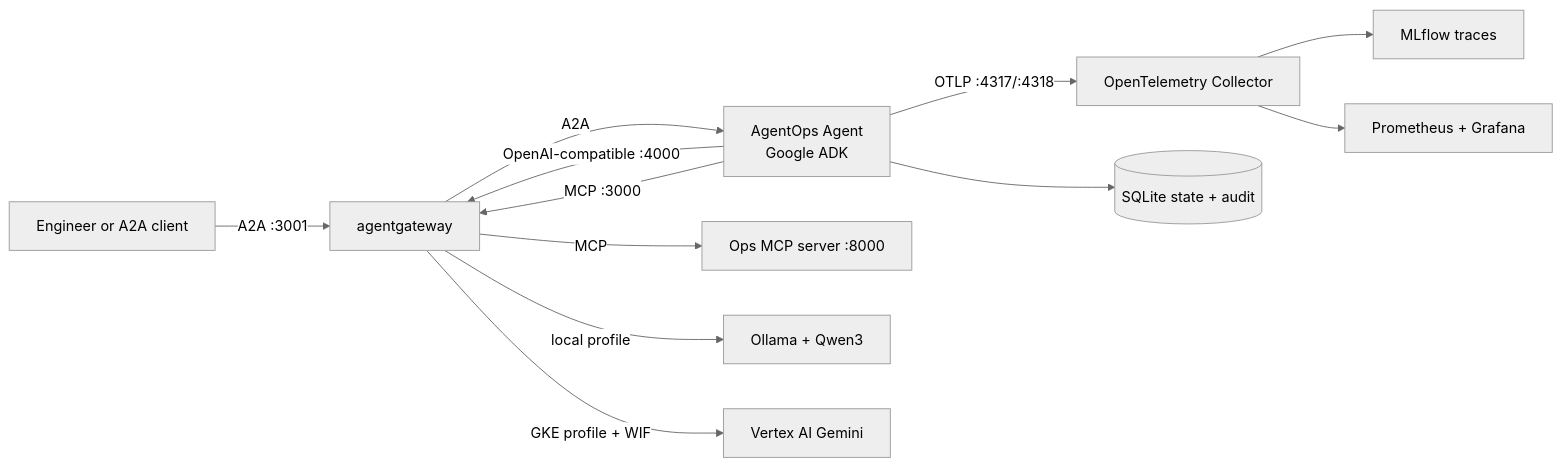
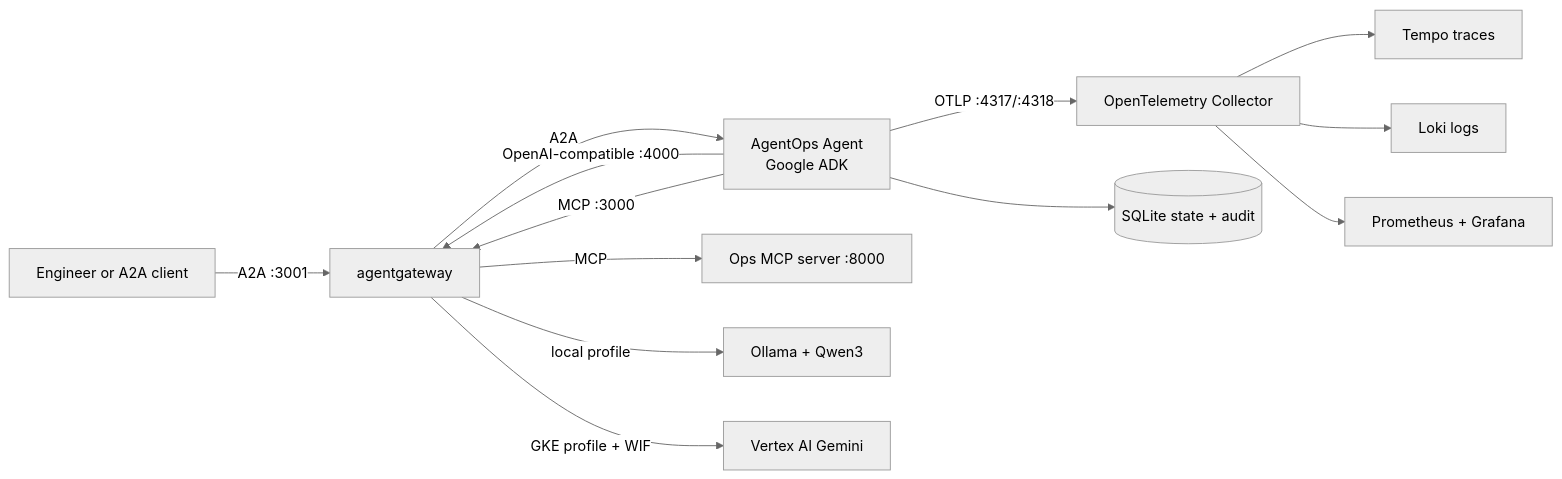
Before and after one commit to LuiGGi629/agentops-open-course: the diagram in README.md, drawn with Mermaid (neutral theme). The commit also changed other lines of this file, not shown here.

First line of the commit message:
docs: name Tempo as the trace store in README

````diff
--- a/README.md
+++ b/README.md
@@ -46,14 +46,15 @@
 ```mermaid
 flowchart LR
     User[Engineer or A2A client] -->|A2A :3001| Gateway[agentgateway]
     Agent[AgentOps Agent<br/>Google ADK] -->|OpenAI-compatible :4000| Gateway
     Agent -->|MCP :3000| Gateway
     Gateway -->|MCP| MCP[Ops MCP server :8000]
     Gateway -->|local profile| Ollama[Ollama + Qwen3]
     Gateway -->|GKE profile + WIF| Vertex[Vertex AI Gemini]
     Gateway -->|A2A| Agent
     Agent -->|OTLP :4317/:4318| OTel[OpenTelemetry Collector]
-    OTel --> MLflow[MLflow traces]
+    OTel --> Tempo[Tempo traces]
+    OTel --> Loki[Loki logs]
     OTel --> Prometheus[Prometheus + Grafana]
     Agent --> State[(SQLite state + audit)]
 ```
````
